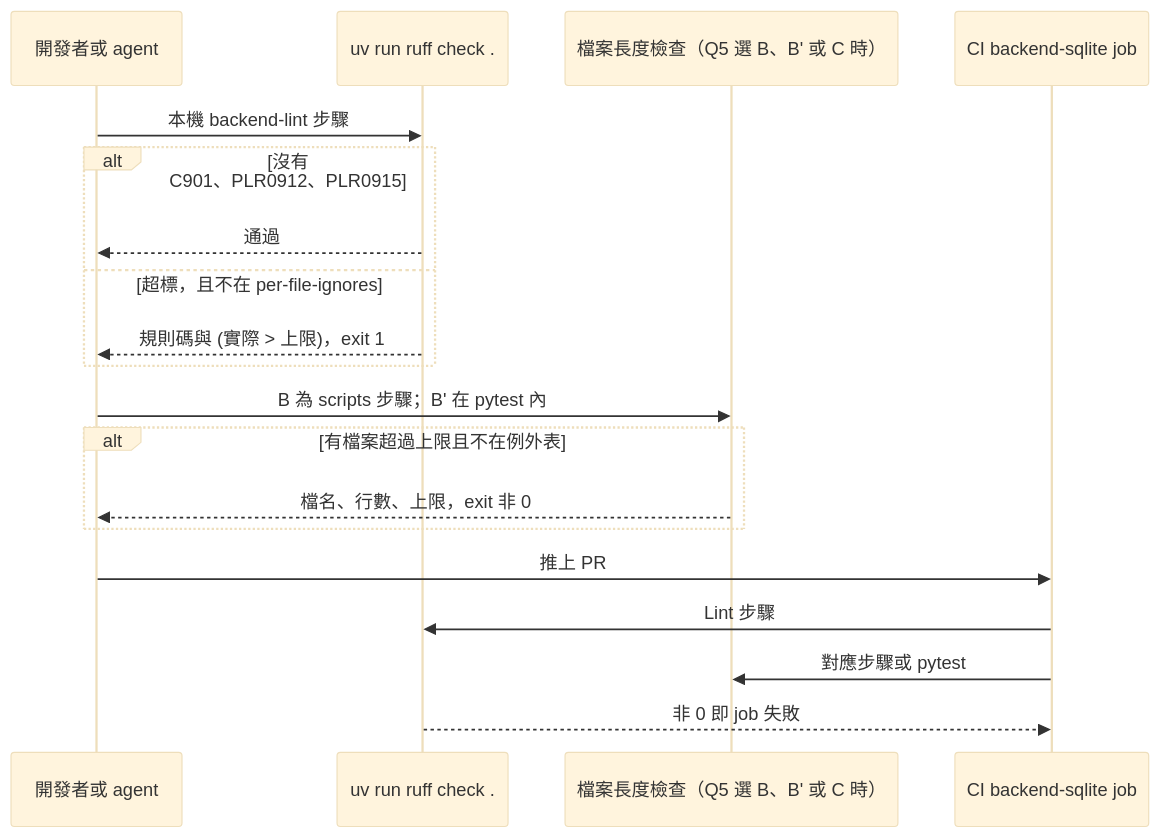
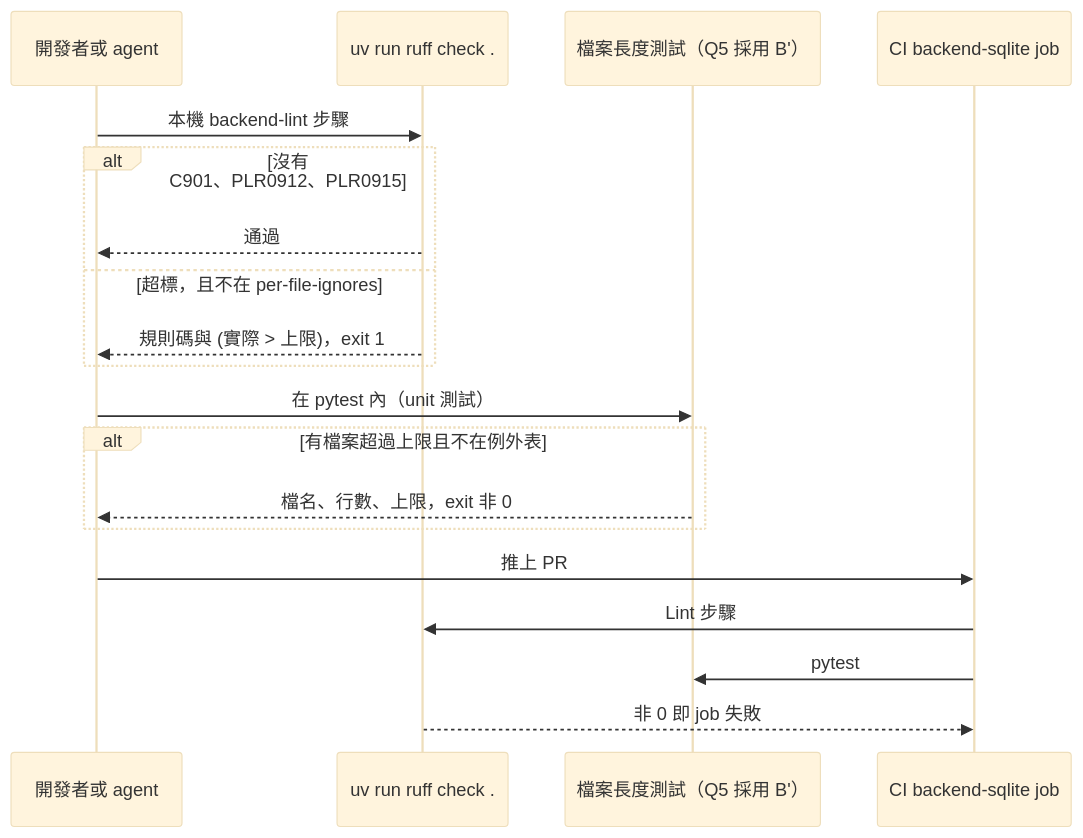
One commit to label-suite/label-suite changed the third of 4 diagrams in openspec/changes/size-complexity-limits/system-design.md. Above: the diagram before and after it, drawn with Mermaid (base theme). The commit also changed other lines of this file and 2 other files, not shown here.

````diff
--- a/openspec/changes/size-complexity-limits/system-design.md
+++ b/openspec/changes/size-complexity-limits/system-design.md
@@ -204,21 +205,21 @@
 ```mermaid
 sequenceDiagram
   participant Dev as 開發者或 agent
   participant Ruff as uv run ruff check .
-  participant Len as 檔案長度檢查（Q5 選 B、B' 或 C 時）
+  participant Len as 檔案長度測試（Q5 採用 B'）
   participant CI as CI backend-sqlite job
   Dev->>Ruff: 本機 backend-lint 步驟
   alt 沒有 C901、PLR0912、PLR0915
     Ruff-->>Dev: 通過
   else 超標，且不在 per-file-ignores
     Ruff-->>Dev: 規則碼與 (實際 > 上限)，exit 1
   end
-  Dev->>Len: B 為 scripts 步驟；B' 在 pytest 內
+  Dev->>Len: 在 pytest 內（unit 測試）
   alt 有檔案超過上限且不在例外表
     Len-->>Dev: 檔名、行數、上限，exit 非 0
   end
   Dev->>CI: 推上 PR
   CI->>Ruff: Lint 步驟
-  CI->>Len: 對應步驟或 pytest
+  CI->>Len: pytest
   Ruff-->>CI: 非 0 即 job 失敗
 ```
````
